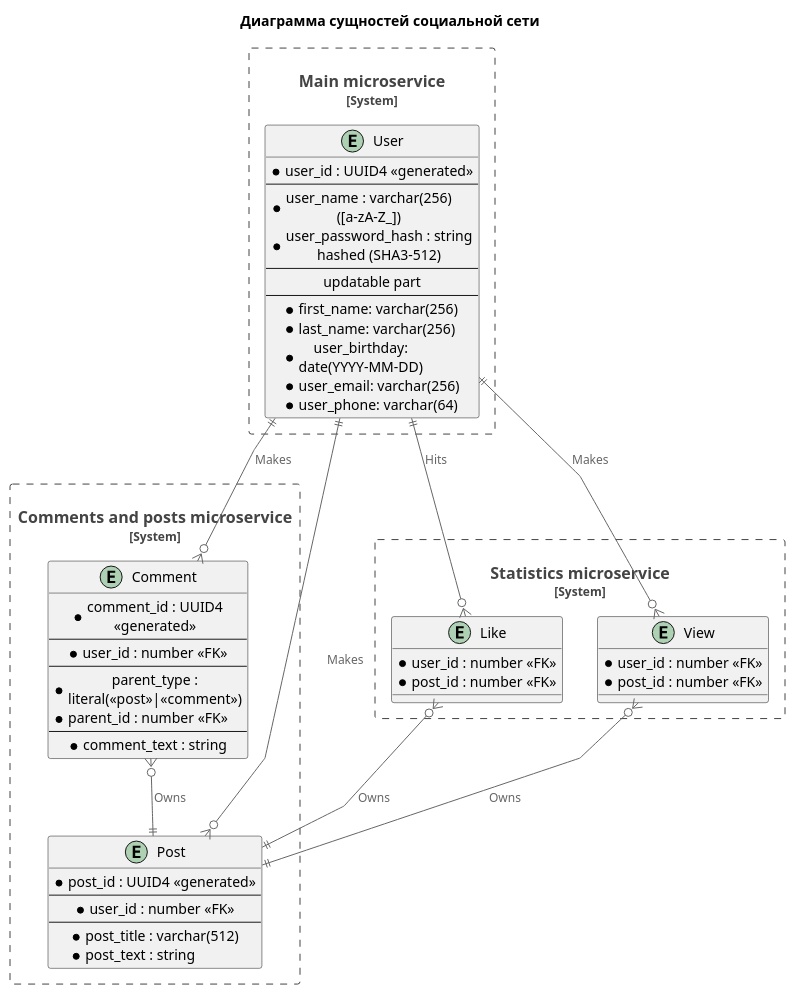
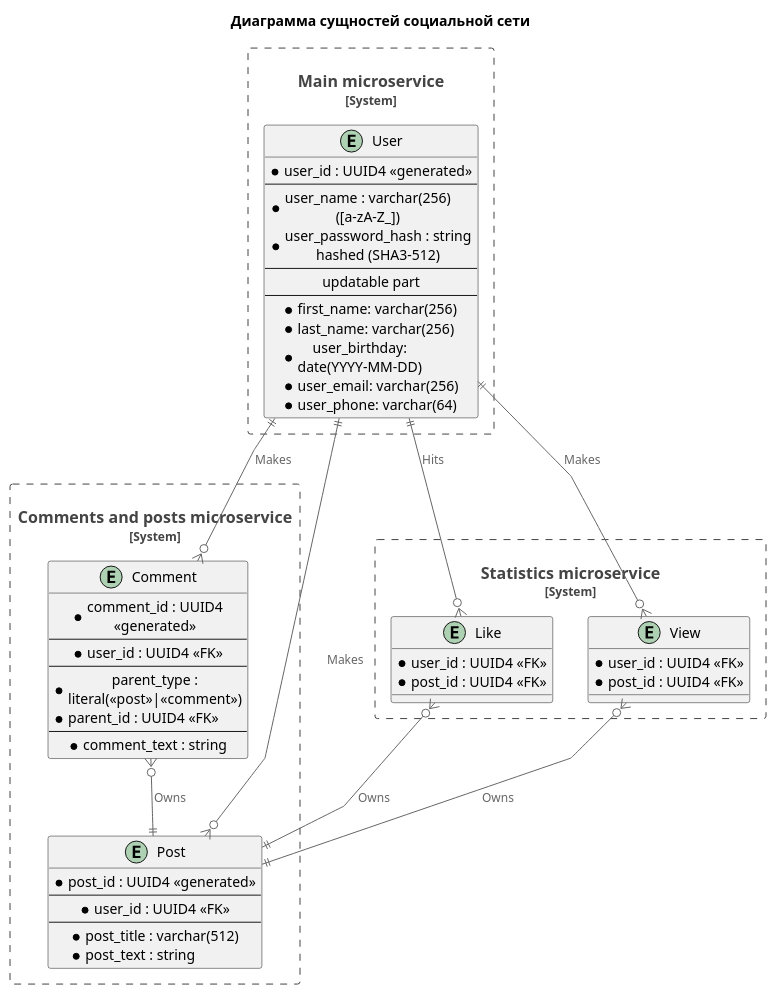
The diagram in doc/entities.puml (NinevskiyK/social-network-microserviced), drawn with PlantUML before and after one commit. The commit also changed 30 other files, not shown here.

```diff
--- a/doc/entities.puml
+++ b/doc/entities.puml
@@ -1,67 +1,67 @@
 @startuml
 !include https://raw.githubusercontent.com/plantuml-stdlib/C4-PlantUML/master/C4_Container.puml
 
 title Диаграмма сущностей социальной сети
 
 skinparam linetype polyline
 
 System_Boundary(mainBoundary, "Main microservice") {
     entity User {
         *user_id : UUID4 <<generated>>
         --
         *user_name : varchar(256) ([a-zA-Z_])
         *user_password_hash : string hashed (SHA3-512)
         --
         updatable part
         --
         *first_name: varchar(256)
         *last_name: varchar(256)
         *user_birthday: date(YYYY-MM-DD)
         *user_email: varchar(256) /' see https://stackoverflow.com/questions/386294/what-is-the-maximum-length-of-a-valid-email-address '/
         *user_phone: varchar(64)
     }
 }
 
 System_Boundary(commentsPostsBoundary, "Comments and posts microservice") {
     entity Post {
         *post_id : UUID4 <<generated>>
         --
-        *user_id : number <<FK>>
+        *user_id : UUID4 <<FK>>
         --
         *post_title : varchar(512)
         *post_text : string
     }
 
     entity Comment {
         *comment_id : UUID4 <<generated>>
         --
-        *user_id : number <<FK>>
+        *user_id : UUID4 <<FK>>
         --
         *parent_type : literal(<<post>>|<<comment>>)
-        *parent_id : number <<FK>>
+        *parent_id : UUID4 <<FK>>
         --
         *comment_text : string
     }
 }
 
 System_Boundary(statisticsBoundary, "Statistics microservice") {
     entity Like {
-        *user_id : number <<FK>>
-        *post_id : number <<FK>>
+        *user_id : UUID4 <<FK>>
+        *post_id : UUID4 <<FK>>
     }
 
     entity View {
-        *user_id : number <<FK>>
-        *post_id : number <<FK>>
+        *user_id : UUID4 <<FK>>
+        *post_id : UUID4 <<FK>>
     }
 }
 
 User ||--o{ Post : Makes
 User ||--o{ Comment : Makes
 User ||--o{ Like : Hits
 User ||--o{ View : Makes
 
 Comment }o--|| Post : Owns
 View }o--|| Post : Owns
 Like }o--|| Post : Owns
 @enduml
```
